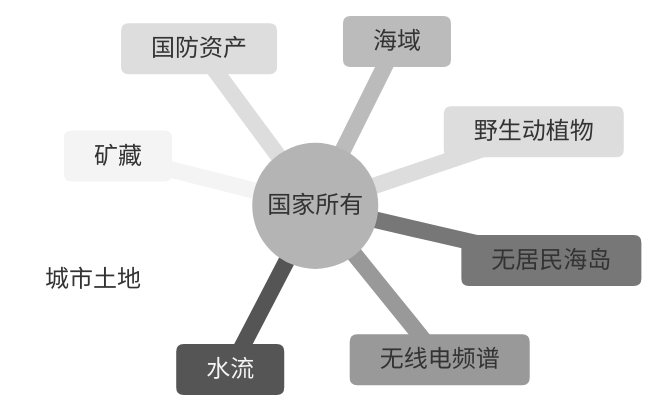
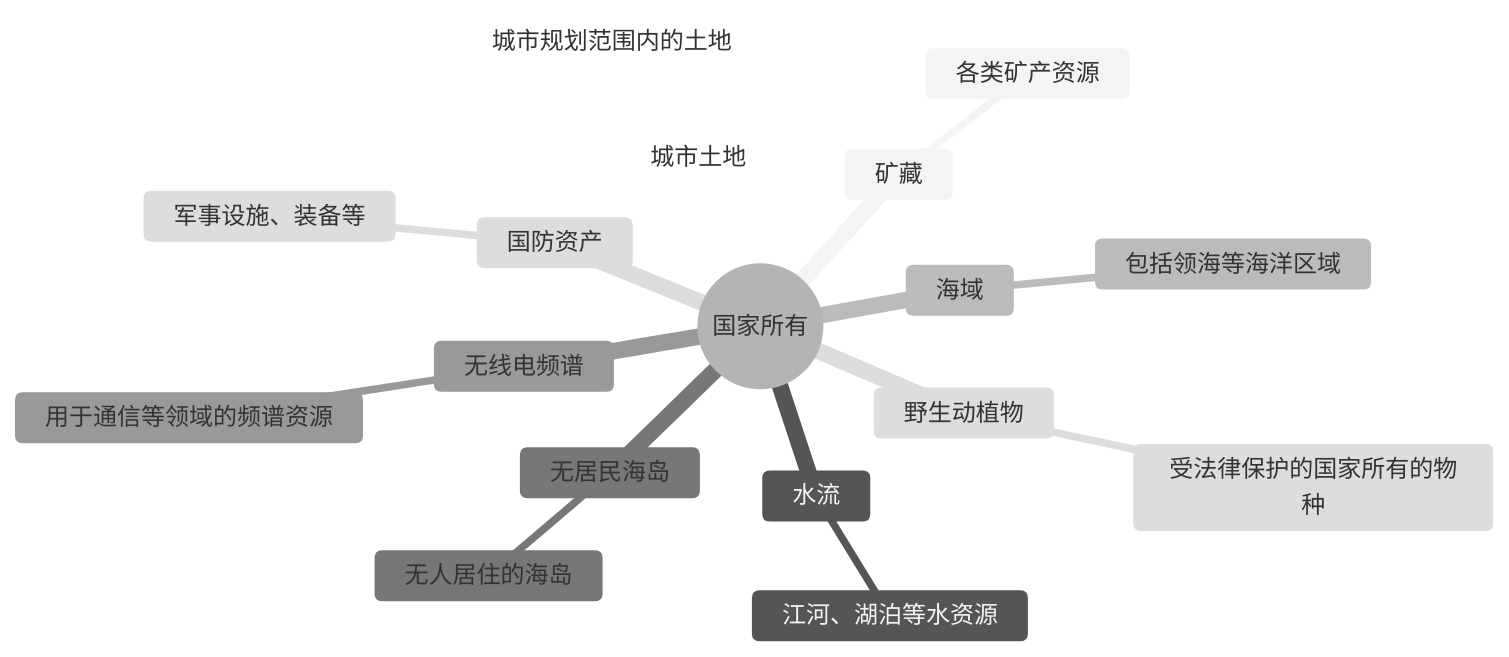
The third of 4 diagrams in emary/公基/法律/民法/4.民事权利/1.物权.md (emary3399/obsidian_note), drawn with Mermaid (neutral theme) before and after one commit.

````diff
--- a/emary/公基/法律/民法/4.民事权利/1.物权.md
+++ b/emary/公基/法律/民法/4.民事权利/1.物权.md
@@ -193,12 +193,20 @@
 ```mermaid
 mindmap
   root((国家所有))
     矿藏
+      各类矿产资源
     水流
+      江河、湖泊等水资源
     海域
+      包括领海等海洋区域
     无居民海岛
+      无人居住的海岛
     无线电频谱
+      用于通信等领域的频谱资源
     国防资产
+      军事设施、装备等
     城市土地
+      城市规划范围内的土地
     野生动植物
+      受法律保护的国家所有的物种
 ```
````
